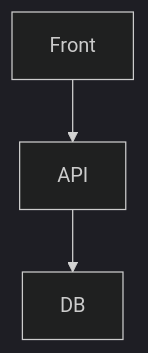
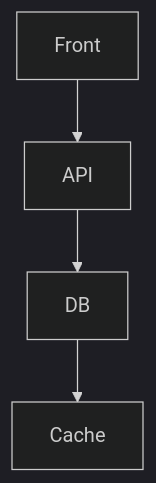
Before and after one commit to lipido/slidedown: the fifth of 6 diagrams in samples/02-diagrams/slides.md, drawn with Mermaid (dark theme). The commit also changed other lines of this file and 3 other files, not shown here.

Commit message:
fix: columnas como contenedores posicionados + redibujado de flechas al renderizar mermaid; verificación de que nada pisa el título

````diff
--- a/samples/02-diagrams/slides.md
+++ b/samples/02-diagrams/slides.md
@@ -118,5 +118,6 @@
 ```mermaid
 graph TB
   A[Front] --> B[API]
   B --> C[DB]
+  C --> D[Cache]
 ```
````
